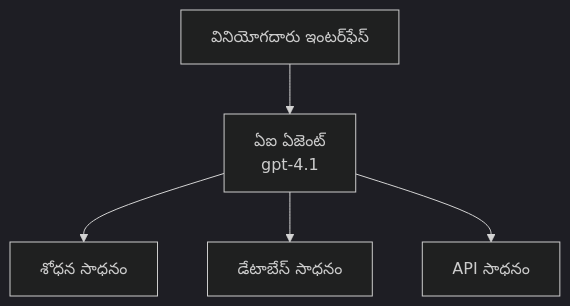
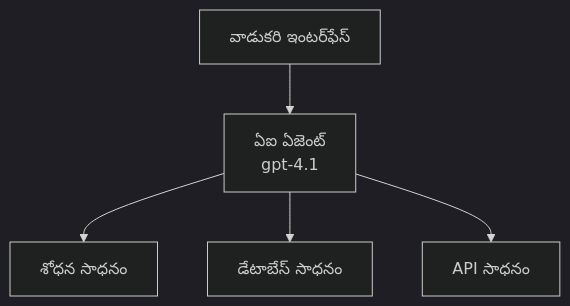
One commit to microsoft/AZD-for-beginners changed the first of 3 diagrams in translations/te/docs/chapter-02-ai-development/agents.md. Above: the diagram before and after it, drawn with Mermaid (dark theme). The commit also changed other lines of this file and 104 other files, not shown here.

````diff
--- a/translations/te/docs/chapter-02-ai-development/agents.md
+++ b/translations/te/docs/chapter-02-ai-development/agents.md
@@ -157,7 +162,7 @@
 ```mermaid
 graph TD
-    UI[వినియోగదారు ఇంటర్‌ఫేస్] --> Agent[ఏఐ ఏజెంట్<br/>gpt-4.1]
+    UI[వాడుకరి ఇంటర్‌ఫేస్] --> Agent[ఏఐ ఏజెంట్<br/>gpt-4.1]
     Agent --> Search[శోధన సాధనం]
     Agent --> Database[డేటాబేస్ సాధనం]
     Agent --> API[API సాధనం]
 ```
````
